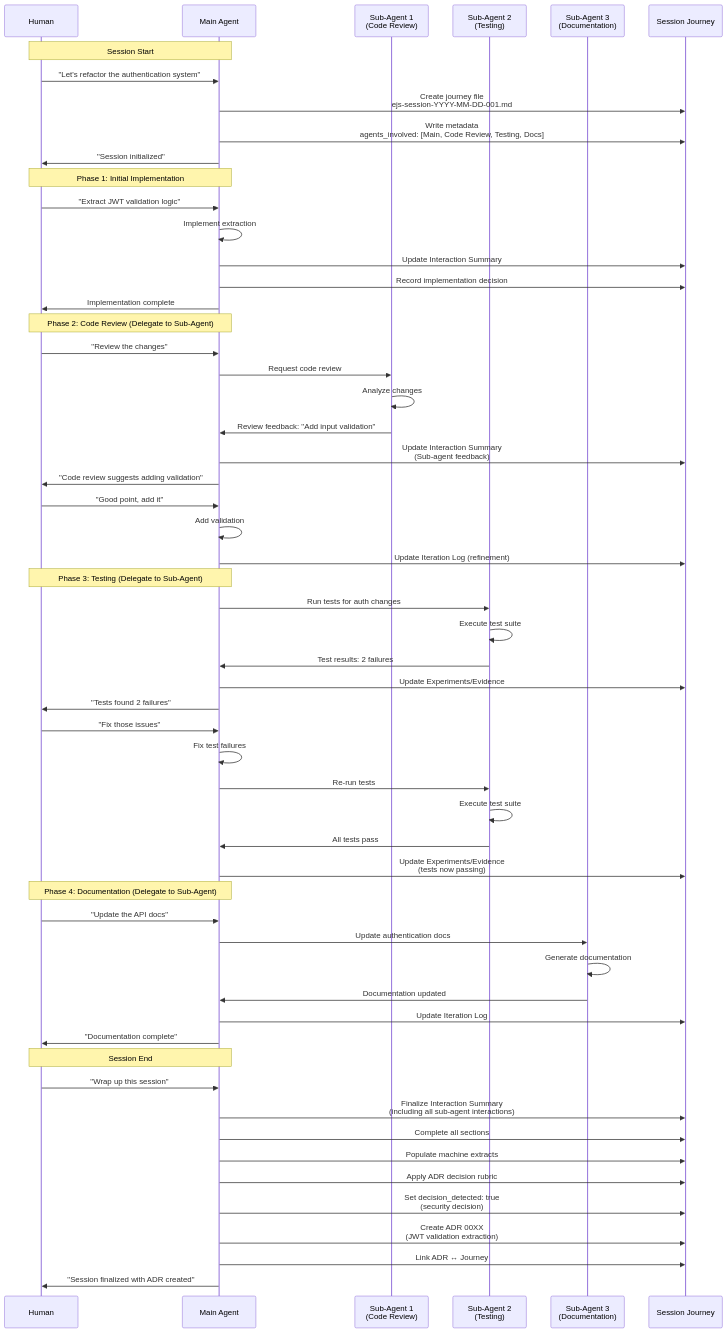
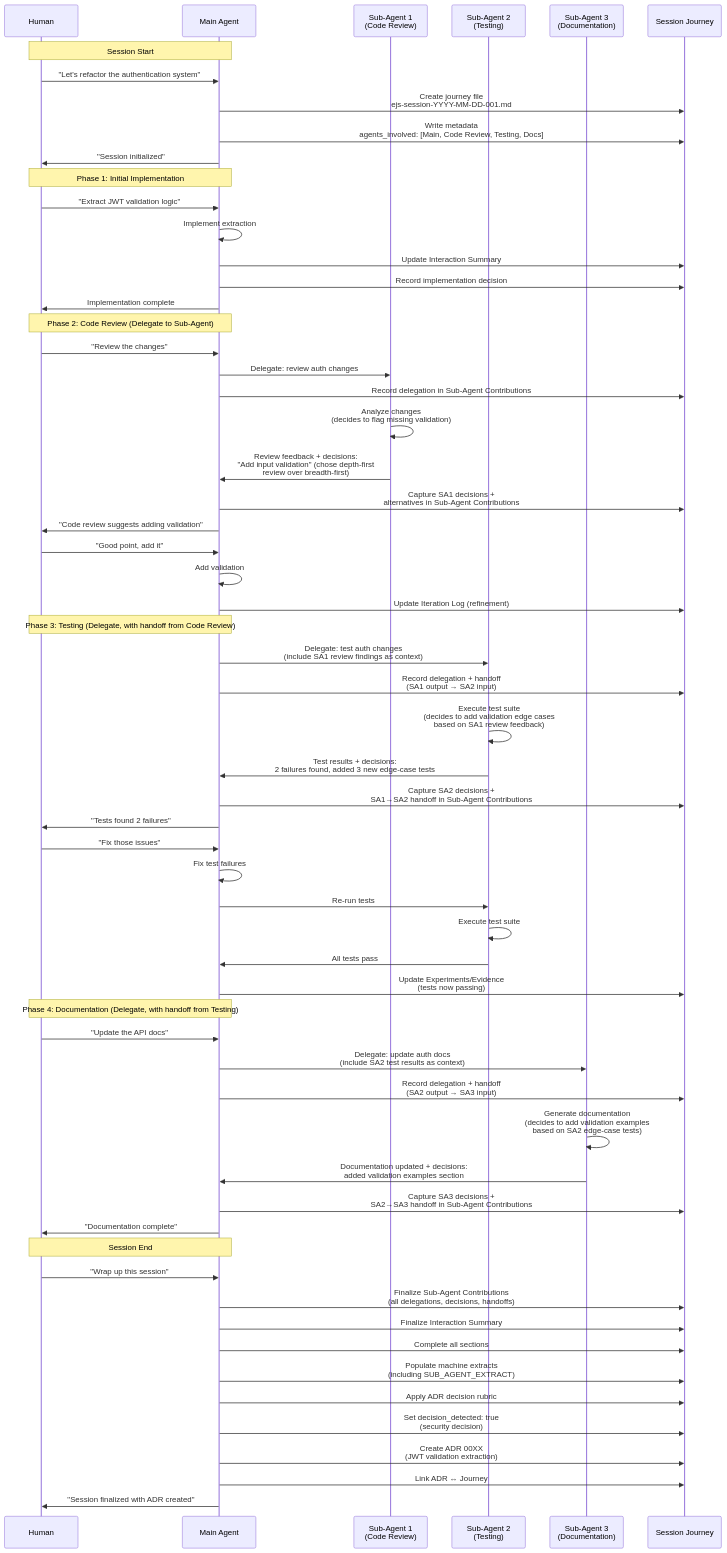
Before and after one commit to McFuzzySquirrel/Engineering-Journey-System: the second of 4 diagrams in ejs-docs/agent-memory/session-lifecycle-patterns.md, drawn with Mermaid. The commit also changed other lines of this file and 4 other files, not shown here.

First line of the commit message:
Add sub-agent decision capture and handoff protocol for multi-agent sessions

````diff
--- a/ejs-docs/agent-memory/session-lifecycle-patterns.md
+++ b/ejs-docs/agent-memory/session-lifecycle-patterns.md
@@ -68,65 +68,69 @@
 ```mermaid
 sequenceDiagram
     participant H as Human
     participant MA as Main Agent
     participant SA1 as Sub-Agent 1<br/>(Code Review)
     participant SA2 as Sub-Agent 2<br/>(Testing)
     participant SA3 as Sub-Agent 3<br/>(Documentation)
     participant J as Session Journey
 
     Note over H,MA: Session Start
     H->>MA: "Let's refactor the authentication system"
     MA->>J: Create journey file<br/>ejs-session-YYYY-MM-DD-001.md
     MA->>J: Write metadata<br/>agents_involved: [Main, Code Review, Testing, Docs]
     MA->>H: "Session initialized"
     
     Note over H,MA: Phase 1: Initial Implementation
     H->>MA: "Extract JWT validation logic"
     MA->>MA: Implement extraction
     MA->>J: Update Interaction Summary
     MA->>J: Record implementation decision
     MA->>H: Implementation complete
     
     Note over H,MA: Phase 2: Code Review (Delegate to Sub-Agent)
     H->>MA: "Review the changes"
-    MA->>SA1: Request code review
-    SA1->>SA1: Analyze changes
-    SA1->>MA: Review feedback: "Add input validation"
-    MA->>J: Update Interaction Summary<br/>(Sub-agent feedback)
+    MA->>SA1: Delegate: review auth changes
+    MA->>J: Record delegation in Sub-Agent Contributions
+    SA1->>SA1: Analyze changes<br/>(decides to flag missing validation)
+    SA1->>MA: Review feedback + decisions:<br/>"Add input validation" (chose depth-first<br/>review over breadth-first)
+    MA->>J: Capture SA1 decisions +<br/>alternatives in Sub-Agent Contributions
     MA->>H: "Code review suggests adding validation"
     H->>MA: "Good point, add it"
     MA->>MA: Add validation
     MA->>J: Update Iteration Log (refinement)
     
-    Note over H,MA: Phase 3: Testing (Delegate to Sub-Agent)
-    MA->>SA2: Run tests for auth changes
-    SA2->>SA2: Execute test suite
-    SA2->>MA: Test results: 2 failures
-    MA->>J: Update Experiments/Evidence
+    Note over H,MA: Phase 3: Testing (Delegate, with handoff from Code Review)
+    MA->>SA2: Delegate: test auth changes<br/>(include SA1 review findings as context)
+    MA->>J: Record delegation + handoff<br/>(SA1 output → SA2 input)
+    SA2->>SA2: Execute test suite<br/>(decides to add validation edge cases<br/>based on SA1 review feedback)
+    SA2->>MA: Test results + decisions:<br/>2 failures found, added 3 new edge-case tests
+    MA->>J: Capture SA2 decisions +<br/>SA1→SA2 handoff in Sub-Agent Contributions
     MA->>H: "Tests found 2 failures"
     H->>MA: "Fix those issues"
     MA->>MA: Fix test failures
     MA->>SA2: Re-run tests
     SA2->>SA2: Execute test suite
     SA2->>MA: All tests pass
     MA->>J: Update Experiments/Evidence<br/>(tests now passing)
     
-    Note over H,MA: Phase 4: Documentation (Delegate to Sub-Agent)
+    Note over H,MA: Phase 4: Documentation (Delegate, with handoff from Testing)
     H->>MA: "Update the API docs"
-    MA->>SA3: Update authentication docs
-    SA3->>SA3: Generate documentation
-    SA3->>MA: Documentation updated
-    MA->>J: Update Iteration Log
+    MA->>SA3: Delegate: update auth docs<br/>(include SA2 test results as context)
+    MA->>J: Record delegation + handoff<br/>(SA2 output → SA3 input)
+    SA3->>SA3: Generate documentation<br/>(decides to add validation examples<br/>based on SA2 edge-case tests)
+    SA3->>MA: Documentation updated + decisions:<br/>added validation examples section
+    MA->>J: Capture SA3 decisions +<br/>SA2→SA3 handoff in Sub-Agent Contributions
     MA->>H: "Documentation complete"
     
     Note over H,MA: Session End
     H->>MA: "Wrap up this session"
-    MA->>J: Finalize Interaction Summary<br/>(including all sub-agent interactions)
+    MA->>J: Finalize Sub-Agent Contributions<br/>(all delegations, decisions, handoffs)
+    MA->>J: Finalize Interaction Summary
     MA->>J: Complete all sections
-    MA->>J: Populate machine extracts
+    MA->>J: Populate machine extracts<br/>(including SUB_AGENT_EXTRACT)
     MA->>J: Apply ADR decision rubric
     MA->>J: Set decision_detected: true<br/>(security decision)
     MA->>J: Create ADR 00XX<br/>(JWT validation extraction)
     MA->>J: Link ADR ↔ Journey
     MA->>H: "Session finalized with ADR created"
 ```
````
